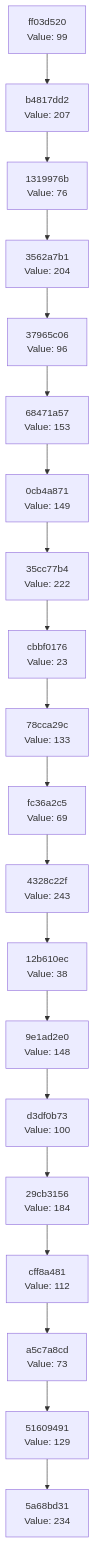
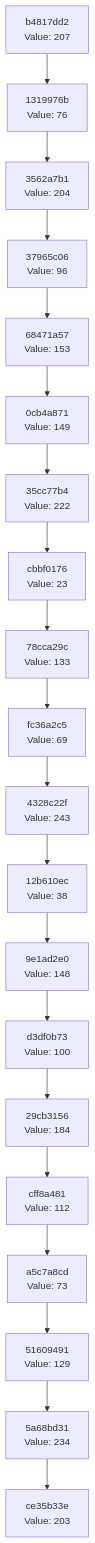
One commit to Abhisheksinha1506/hash-chain-evolver changed the diagram in docs/CHAIN_VISUALIZATION.md. Above: the diagram before and after it, drawn with Mermaid. The commit also changed 3 other files, not shown here.

````diff
--- a/docs/CHAIN_VISUALIZATION.md
+++ b/docs/CHAIN_VISUALIZATION.md
@@ -3,42 +3,42 @@
 ```mermaid
 graph TD
-    C0["5a68bd31<br/>Value: 234"]
-    C1["51609491<br/>Value: 129"]
+    C0["ce35b33e<br/>Value: 203"]
+    C1["5a68bd31<br/>Value: 234"]
     C1 --> C0
-    C2["a5c7a8cd<br/>Value: 73"]
+    C2["51609491<br/>Value: 129"]
     C2 --> C1
-    C3["cff8a481<br/>Value: 112"]
+    C3["a5c7a8cd<br/>Value: 73"]
     C3 --> C2
-    C4["29cb3156<br/>Value: 184"]
+    C4["cff8a481<br/>Value: 112"]
     C4 --> C3
-    C5["d3df0b73<br/>Value: 100"]
+    C5["29cb3156<br/>Value: 184"]
     C5 --> C4
-    C6["9e1ad2e0<br/>Value: 148"]
+    C6["d3df0b73<br/>Value: 100"]
     C6 --> C5
-    C7["12b610ec<br/>Value: 38"]
+    C7["9e1ad2e0<br/>Value: 148"]
     C7 --> C6
-    C8["4328c22f<br/>Value: 243"]
+    C8["12b610ec<br/>Value: 38"]
     C8 --> C7
-    C9["fc36a2c5<br/>Value: 69"]
+    C9["4328c22f<br/>Value: 243"]
     C9 --> C8
-    C10["78cca29c<br/>Value: 133"]
+    C10["fc36a2c5<br/>Value: 69"]
     C10 --> C9
-    C11["cbbf0176<br/>Value: 23"]
+    C11["78cca29c<br/>Value: 133"]
     C11 --> C10
-    C12["35cc77b4<br/>Value: 222"]
+    C12["cbbf0176<br/>Value: 23"]
     C12 --> C11
-    C13["0cb4a871<br/>Value: 149"]
+    C13["35cc77b4<br/>Value: 222"]
     C13 --> C12
-    C14["68471a57<br/>Value: 153"]
+    C14["0cb4a871<br/>Value: 149"]
     C14 --> C13
-    C15["37965c06<br/>Value: 96"]
+    C15["68471a57<br/>Value: 153"]
     C15 --> C14
-    C16["3562a7b1<br/>Value: 204"]
+    C16["37965c06<br/>Value: 96"]
     C16 --> C15
-    C17["1319976b<br/>Value: 76"]
+    C17["3562a7b1<br/>Value: 204"]
     C17 --> C16
-    C18["b4817dd2<br/>Value: 207"]
+    C18["1319976b<br/>Value: 76"]
     C18 --> C17
-    C19["ff03d520<br/>Value: 99"]
+    C19["b4817dd2<br/>Value: 207"]
     C19 --> C18
 ```
````
